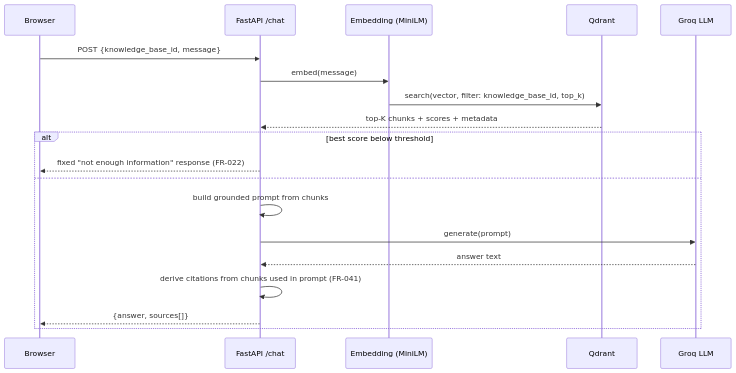
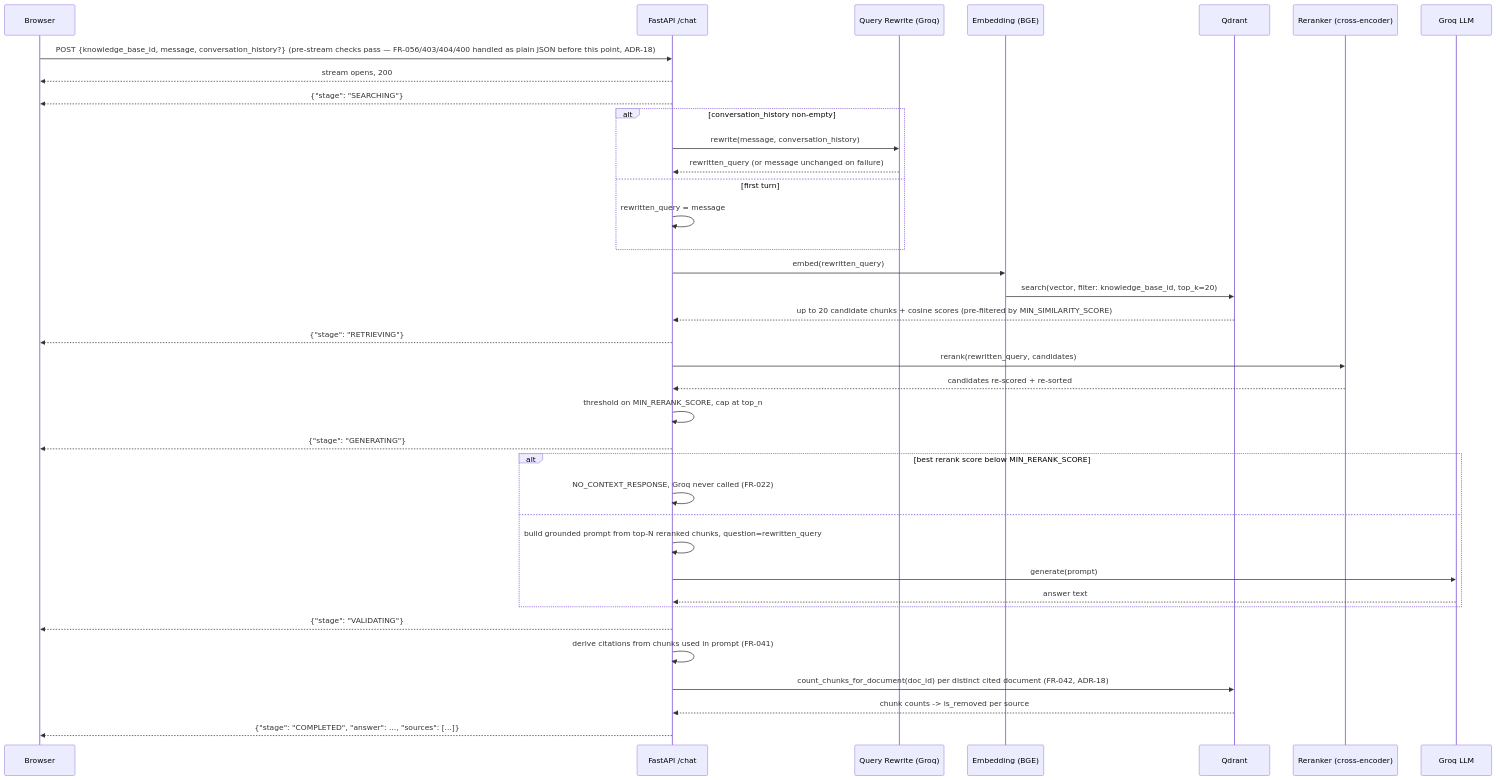
The third of 4 diagrams in ARCHITECTURE.md (ameyg23/RAG_Project), drawn with Mermaid before and after one commit. The commit also changed other lines of this file and 54 other files, not shown here.

First line of the commit message:
Redesign frontend to modern AI SaaS UI, add reranking/query rewriting, and stream chat pipeline progress

````diff
--- a/ARCHITECTURE.md
+++ b/ARCHITECTURE.md
@@ -133,22 +141,40 @@
 ```mermaid
 sequenceDiagram
     participant U as Browser
     participant A as FastAPI /chat
-    participant M as Embedding (MiniLM)
+    participant R as Query Rewrite (Groq)
+    participant M as Embedding (BGE)
     participant Q as Qdrant
+    participant X as Reranker (cross-encoder)
     participant L as Groq LLM
 
-    U->>A: POST {knowledge_base_id, message}
-    A->>M: embed(message)
-    M->>Q: search(vector, filter: knowledge_base_id, top_k)
-    Q-->>A: top-K chunks + scores + metadata
-    alt best score below threshold
-        A-->>U: fixed "not enough information" response (FR-022)
+    U->>A: POST {knowledge_base_id, message, conversation_history?} (pre-stream checks pass — FR-056/403/404/400 handled as plain JSON before this point, ADR-18)
+    A-->>U: stream opens, 200
+    A-->>U: {"stage": "SEARCHING"}
+    alt conversation_history non-empty
+        A->>R: rewrite(message, conversation_history)
+        R-->>A: rewritten_query (or message unchanged on failure)
+    else first turn
+        A->>A: rewritten_query = message
+    end
+    A->>M: embed(rewritten_query)
+    M->>Q: search(vector, filter: knowledge_base_id, top_k=20)
+    Q-->>A: up to 20 candidate chunks + cosine scores (pre-filtered by MIN_SIMILARITY_SCORE)
+    A-->>U: {"stage": "RETRIEVING"}
+    A->>X: rerank(rewritten_query, candidates)
+    X-->>A: candidates re-scored + re-sorted
+    A->>A: threshold on MIN_RERANK_SCORE, cap at top_n
+    A-->>U: {"stage": "GENERATING"}
+    alt best rerank score below MIN_RERANK_SCORE
+        A->>A: NO_CONTEXT_RESPONSE, Groq never called (FR-022)
     else
-        A->>A: build grounded prompt from chunks
+        A->>A: build grounded prompt from top-N reranked chunks, question=rewritten_query
         A->>L: generate(prompt)
         L-->>A: answer text
-        A->>A: derive citations from chunks used in prompt (FR-041)
-        A-->>U: {answer, sources[]}
     end
+    A-->>U: {"stage": "VALIDATING"}
+    A->>A: derive citations from chunks used in prompt (FR-041)
+    A->>Q: count_chunks_for_document(doc_id) per distinct cited document (FR-042, ADR-18)
+    Q-->>A: chunk counts -> is_removed per source
+    A-->>U: {"stage": "COMPLETED", "answer": ..., "sources": [...]}
 ```
````
